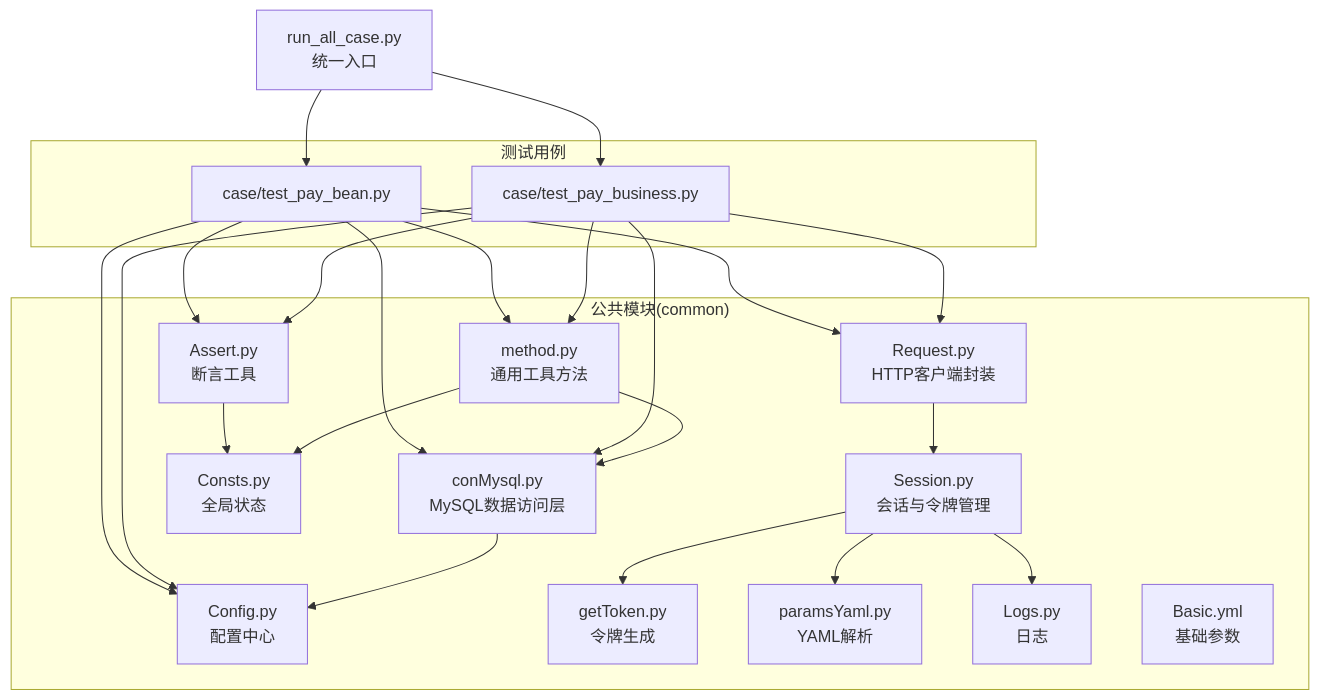
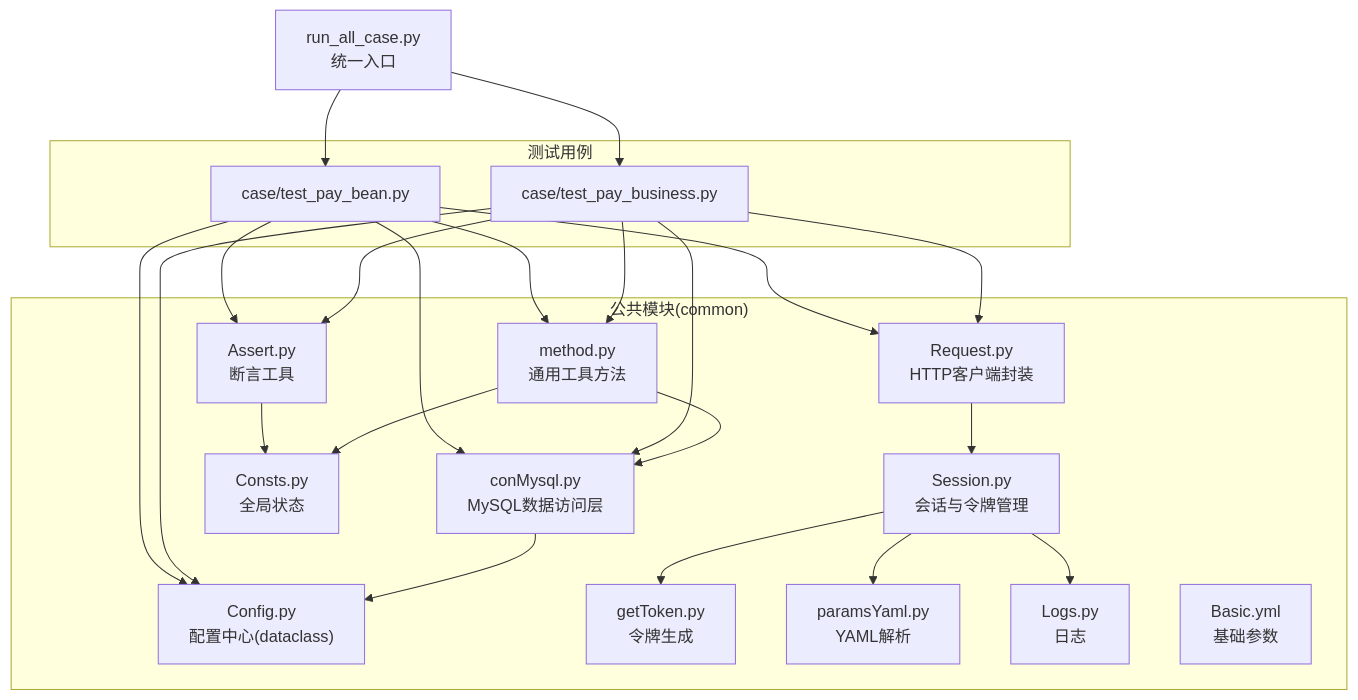
Before and after one commit to liximing1-ola/qa-payTest: the first of 6 diagrams in .qoder/repowiki/zh/content/核心模块/核心模块.md, drawn with Mermaid. The commit also changed other lines of this file and 13 other files, not shown here.

````diff
--- a/.qoder/repowiki/zh/content/核心模块/核心模块.md
+++ b/.qoder/repowiki/zh/content/核心模块/核心模块.md
@@ -43,41 +54,41 @@
 ```mermaid
 graph TB
 subgraph "公共模块(common)"
-CFG["Config.py<br/>配置中心"]
+CFG["Config.py<br/>配置中心(dataclass)"]
 REQ["Request.py<br/>HTTP客户端封装"]
 SES["Session.py<br/>会话与令牌管理"]
 DB["conMysql.py<br/>MySQL数据访问层"]
 ASS["Assert.py<br/>断言工具"]
 METH["method.py<br/>通用工具方法"]
 CONST["Consts.py<br/>全局状态"]
 TOK["getToken.py<br/>令牌生成"]
 YAML["paramsYaml.py<br/>YAML解析"]
 LOG["Logs.py<br/>日志"]
 BASIC["Basic.yml<br/>基础参数"]
 end
 subgraph "测试用例"
 CASE1["case/test_pay_bean.py"]
 CASE2["case/test_pay_business.py"]
 end
 RUN["run_all_case.py<br/>统一入口"]
 RUN --> CASE1
 RUN --> CASE2
 CASE1 --> CFG
 CASE1 --> REQ
 CASE1 --> DB
 CASE1 --> ASS
 CASE1 --> METH
 CASE2 --> CFG
 CASE2 --> REQ
 CASE2 --> DB
 CASE2 --> ASS
 CASE2 --> METH
 REQ --> SES
 SES --> TOK
 SES --> YAML
 SES --> LOG
 DB --> CFG
 ASS --> CONST
 METH --> CONST
 METH --> DB
 ```
````
